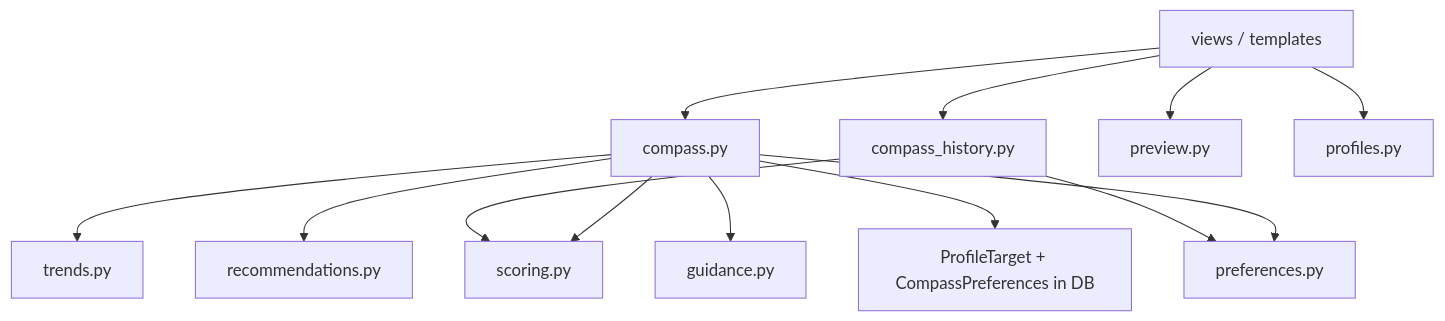
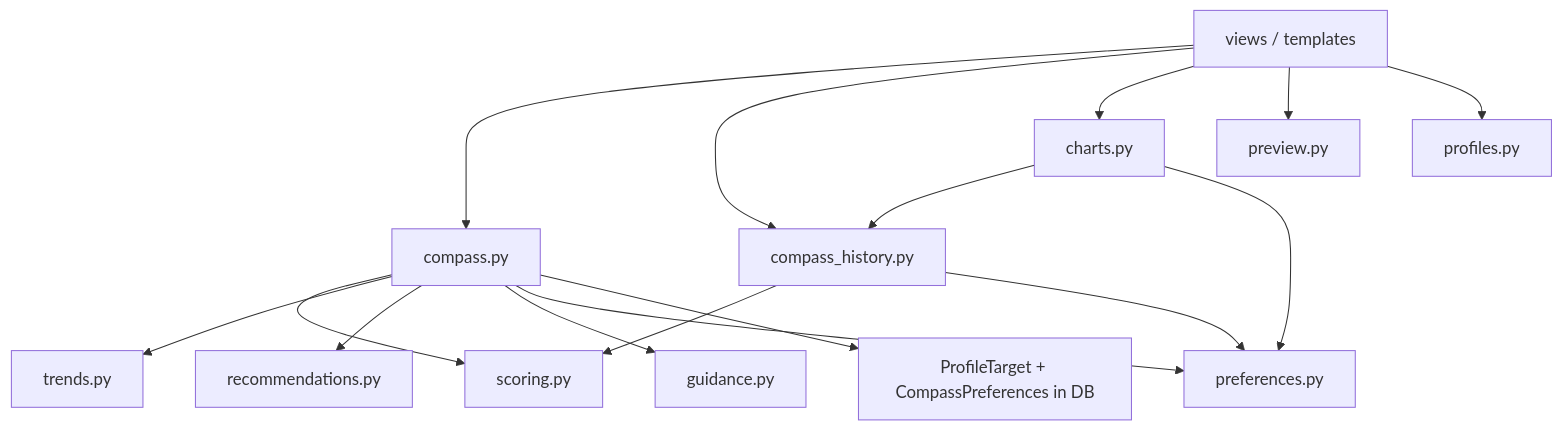
The fourth of 5 diagrams in docs/architecture.md (didac-crst/body-history), drawn with Mermaid before and after one commit. The commit also changed other lines of this file and 41 other files, not shown here.

````diff
--- a/docs/architecture.md
+++ b/docs/architecture.md
@@ -73,15 +74,18 @@
 ```mermaid
 flowchart TB
   views["views / templates"] --> compass["compass.py"]
   views --> history["compass_history.py"]
+  views --> charts["charts.py"]
   views --> preview["preview.py"]
   views --> profiles["profiles.py"]
   compass --> scoring["scoring.py"]
   compass --> trends["trends.py"]
   compass --> recs["recommendations.py"]
   compass --> guidance["guidance.py"]
   compass --> prefs["preferences.py"]
   history --> scoring
   history --> prefs
+  charts --> history
+  charts --> prefs
   compass --> db["ProfileTarget + CompassPreferences in DB"]
 ```
````
